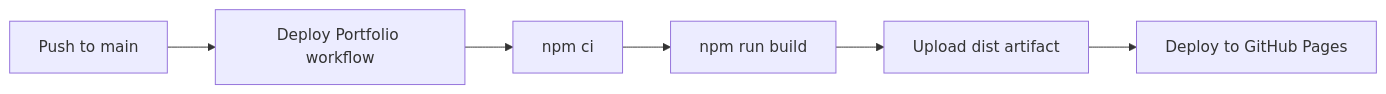
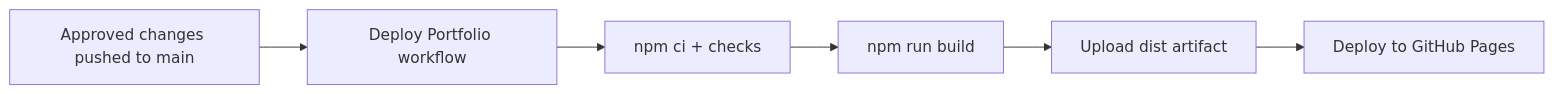
The diagram in README.md (kevinhli/Personal-website), drawn with Mermaid before and after one commit. The commit also changed other lines of this file and 18 other files, not shown here.

````diff
--- a/README.md
+++ b/README.md
@@ -59,8 +106,8 @@
 ```mermaid
 flowchart LR
-  A["Push to main"] --> B["Deploy Portfolio workflow"]
-  B --> C["npm ci"]
+  A["Approved changes pushed to main"] --> B["Deploy Portfolio workflow"]
+  B --> C["npm ci + checks"]
   C --> D["npm run build"]
   D --> E["Upload dist artifact"]
   E --> F["Deploy to GitHub Pages"]
 ```
````
